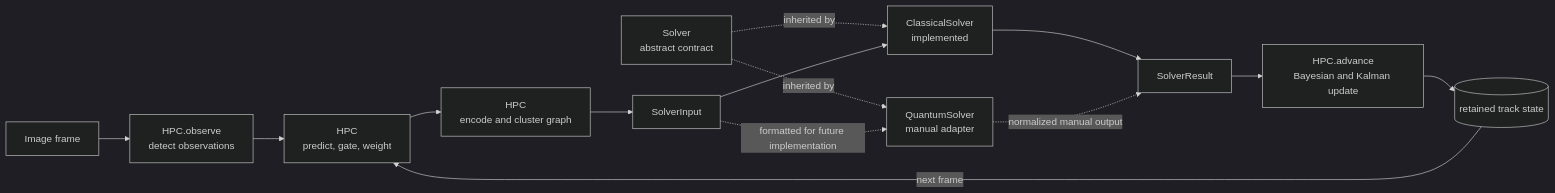
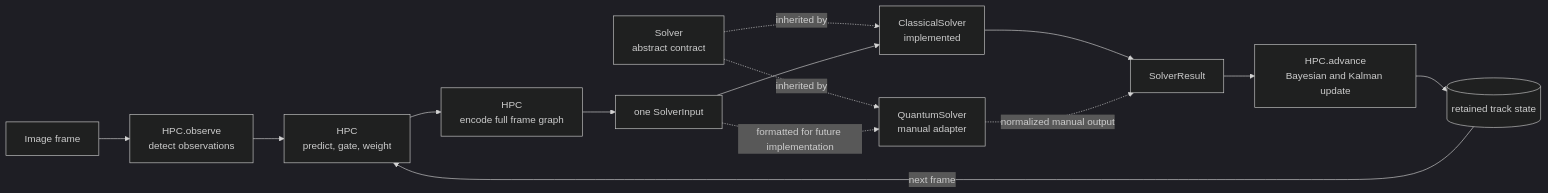
Before and after one commit to SAN-G-8055/Neutral-Atom-QC-for-MHT: the diagram in README.md, drawn with Mermaid (dark theme). The commit also changed other lines of this file and 23 other files, not shown here.

````diff
--- a/README.md
+++ b/README.md
@@ -18,18 +18,18 @@
 ```mermaid
 flowchart LR
     Image["Image frame"] --> Observe["HPC.observe<br/>detect observations"]
     Observe --> Prepare["HPC<br/>predict, gate, weight"]
-    Prepare --> Graph["HPC<br/>encode and cluster graph"]
-    Graph --> Input["SolverInput"]
+    Prepare --> Graph["HPC<br/>encode full frame graph"]
+    Graph --> Input["one SolverInput"]
 
     Solver["Solver<br/>abstract contract"] -. inherited by .-> Classical["ClassicalSolver<br/>implemented"]
     Solver -. inherited by .-> Quantum["QuantumSolver<br/>manual adapter"]
     Input --> Classical
     Input -. formatted for future implementation .-> Quantum
     Classical --> Result["SolverResult"]
     Quantum -. normalized manual output .-> Result
 
     Result --> Update["HPC.advance<br/>Bayesian and Kalman update"]
     Update --> State[("retained track state")]
     State -->|next frame| Prepare
 ```
````
